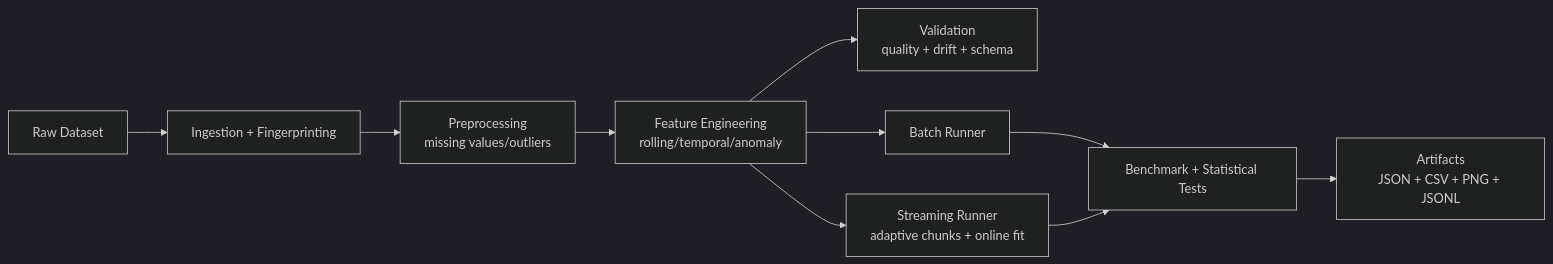
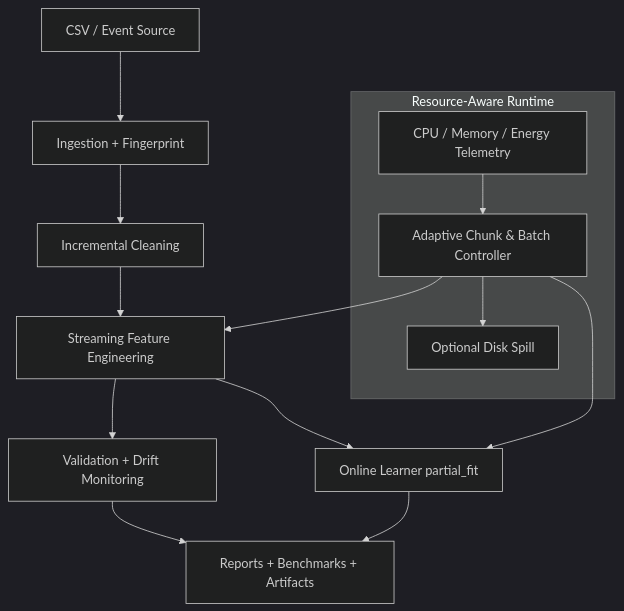
Before and after one commit to RaviTejaMedarametla/nba-data-preprocessing: the diagram in README.md, drawn with Mermaid (dark theme). The commit also changed other lines of this file and 27 other files, not shown here.

Commit message:
Refocus project as real-time hardware-aware streaming pipeline

````diff
--- a/README.md
+++ b/README.md
@@ -25,12 +14,21 @@
 ```mermaid
-flowchart LR
-    A[Raw Dataset] --> B[Ingestion + Fingerprinting]
-    B --> C[Preprocessing\nmissing values/outliers]
-    C --> D[Feature Engineering\nrolling/temporal/anomaly]
-    D --> E[Validation\nquality + drift + schema]
-    D --> F[Batch Runner]
-    D --> G[Streaming Runner\nadaptive chunks + online fit]
-    F --> H[Benchmark + Statistical Tests]
-    G --> H
-    H --> I[Artifacts\nJSON + CSV + PNG + JSONL]
+flowchart TD
+    SRC[CSV / Event Source] --> ING[Ingestion + Fingerprint]
+    ING --> PREP[Incremental Cleaning]
+    PREP --> FE[Streaming Feature Engineering]
+    FE --> VAL[Validation + Drift Monitoring]
+    FE --> ONLINE[Online Learner partial_fit]
+    VAL --> STORE[Reports + Benchmarks + Artifacts]
+    ONLINE --> STORE
+
+    subgraph RUNTIME[Resource-Aware Runtime]
+      MON[CPU / Memory / Energy Telemetry]
+      CTRL[Adaptive Chunk & Batch Controller]
+      SPILL[Optional Disk Spill]
+    end
+
+    MON --> CTRL
+    CTRL --> FE
+    CTRL --> ONLINE
+    CTRL --> SPILL
 ```
````
